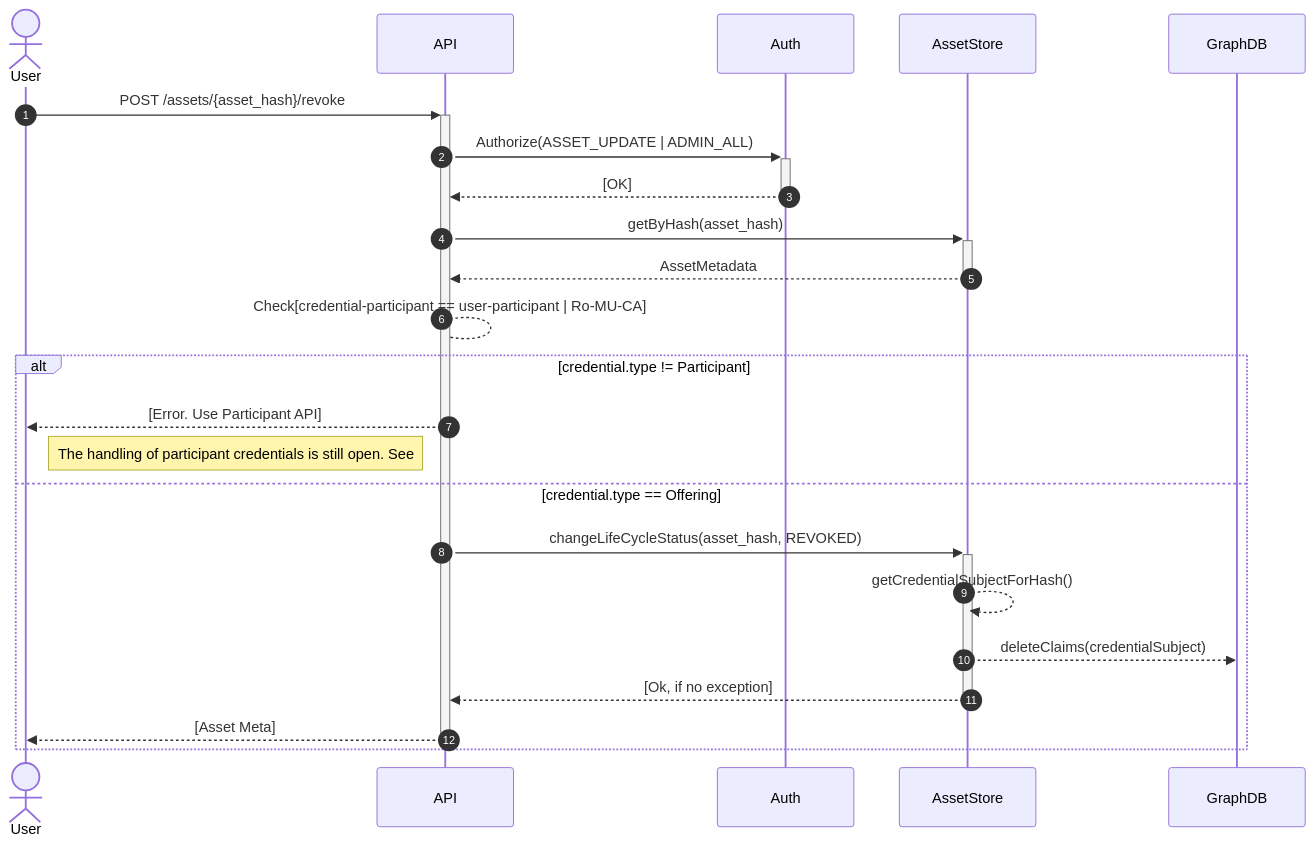
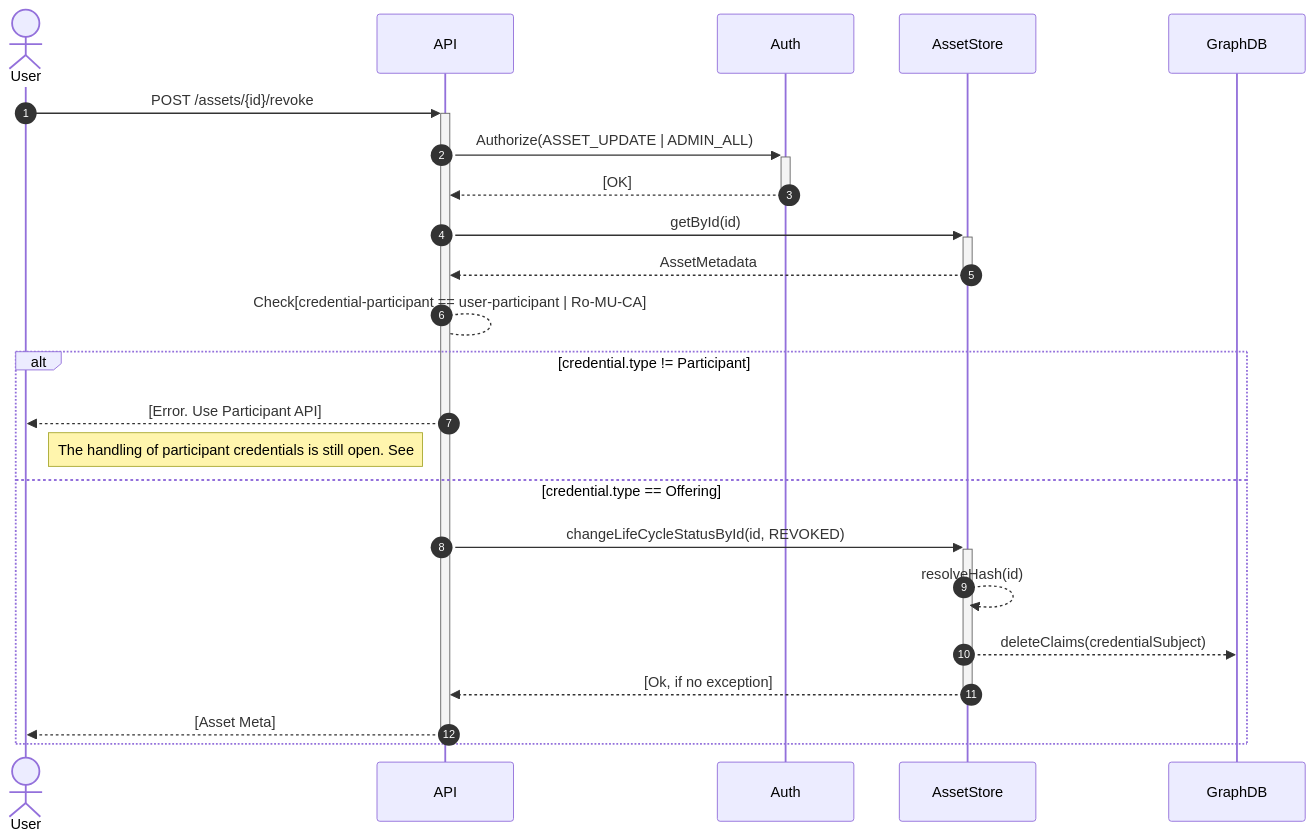
Diagram 19 of 35 in federated-catalogue/src/docs/architecture/chapters/06_runtime_view.adoc (federated-catalogue-enhancements-2026/docs), drawn with Mermaid before and after one commit. The commit also changed other lines of this file and 4 other files, not shown here.

```diff
--- a/federated-catalogue/src/docs/architecture/chapters/06_runtime_view.adoc
+++ b/federated-catalogue/src/docs/architecture/chapters/06_runtime_view.adoc
@@ -667,25 +672,25 @@
 [mermaid, width=2000]
 ....
 sequenceDiagram
     autonumber
     actor User
     participant API
     participant Auth
     participant AssetStore as AssetStore
-    User ->> + API:POST /assets/{asset_hash}/revoke
+    User ->> + API:POST /assets/{id}/revoke
     API ->> + Auth:Authorize(ASSET_UPDATE | ADMIN_ALL)
     Auth -->> - API:[OK]
-    API ->> + AssetStore: getByHash(asset_hash)
+    API ->> + AssetStore: getById(id)
     AssetStore -->> - API: AssetMetadata
     API --> API:Check[credential-participant == user-participant | Ro-MU-CA]
     alt credential.type != Participant
         API -->> User: [Error. Use Participant API]
         Note right of User: The handling of participant credentials is still open. See #6
     else credential.type == Offering
-        API ->> + AssetStore: changeLifeCycleStatus(asset_hash, REVOKED)
-        AssetStore -->> AssetStore: getCredentialSubjectForHash()
+        API ->> + AssetStore: changeLifeCycleStatusById(id, REVOKED)
+        AssetStore -->> AssetStore: resolveHash(id)
         AssetStore -->> GraphDB: deleteClaims(credentialSubject)
         AssetStore -->> - API: [Ok, if no exception]
         API -->> - User:[Asset Meta]
     end
 ....
```
